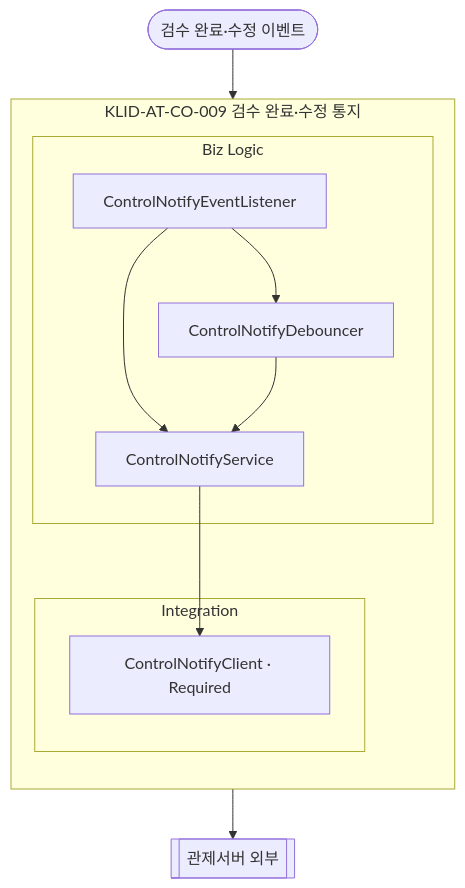
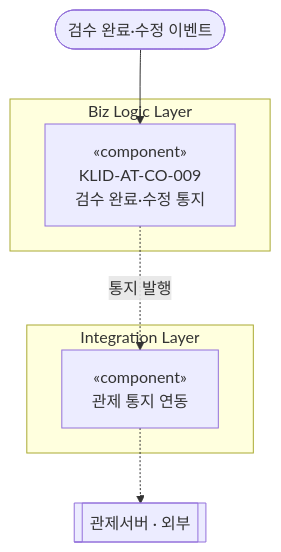
One commit to New-stella/klid-label changed the ninth of 18 diagrams in docs/design/D3-컴포넌트설계서.md. Above: the diagram before and after it, drawn with Mermaid. The commit also changed other lines of this file and 10 other files, not shown here.

````diff
--- a/docs/design/D3-컴포넌트설계서.md
+++ b/docs/design/D3-컴포넌트설계서.md
@@ -280,22 +192,14 @@
 ```mermaid
 flowchart TD
     EVT([검수 완료·수정 이벤트])
-    CTRL[[관제서버 외부]]
-    subgraph CO009[KLID-AT-CO-009 검수 완료·수정 통지]
-        direction TB
-        subgraph BIZ9[Biz Logic]
-            CEL[ControlNotifyEventListener]
-            CDB[ControlNotifyDebouncer]
-            CNS[ControlNotifyService]
-        end
-        subgraph INT9[Integration]
-            CNC[ControlNotifyClient · Required]
-        end
-        CEL --> CNS
-        CEL --> CDB
-        CDB --> CNS
-        CNS --> CNC
+    CTRL[[관제서버 · 외부]]
+    subgraph BIZ9[Biz Logic Layer]
+        CO009["«component»<br/>KLID-AT-CO-009<br/>검수 완료·수정 통지"]
     end
-    EVT --> CEL
-    CNC --> CTRL
+    subgraph INT9[Integration Layer]
+        CTRLNOTIFY["«component»<br/>관제 통지 연동"]
+    end
+    EVT --> CO009
+    CO009 -.통지 발행.-> CTRLNOTIFY
+    CTRLNOTIFY -.-> CTRL
 ```
````
